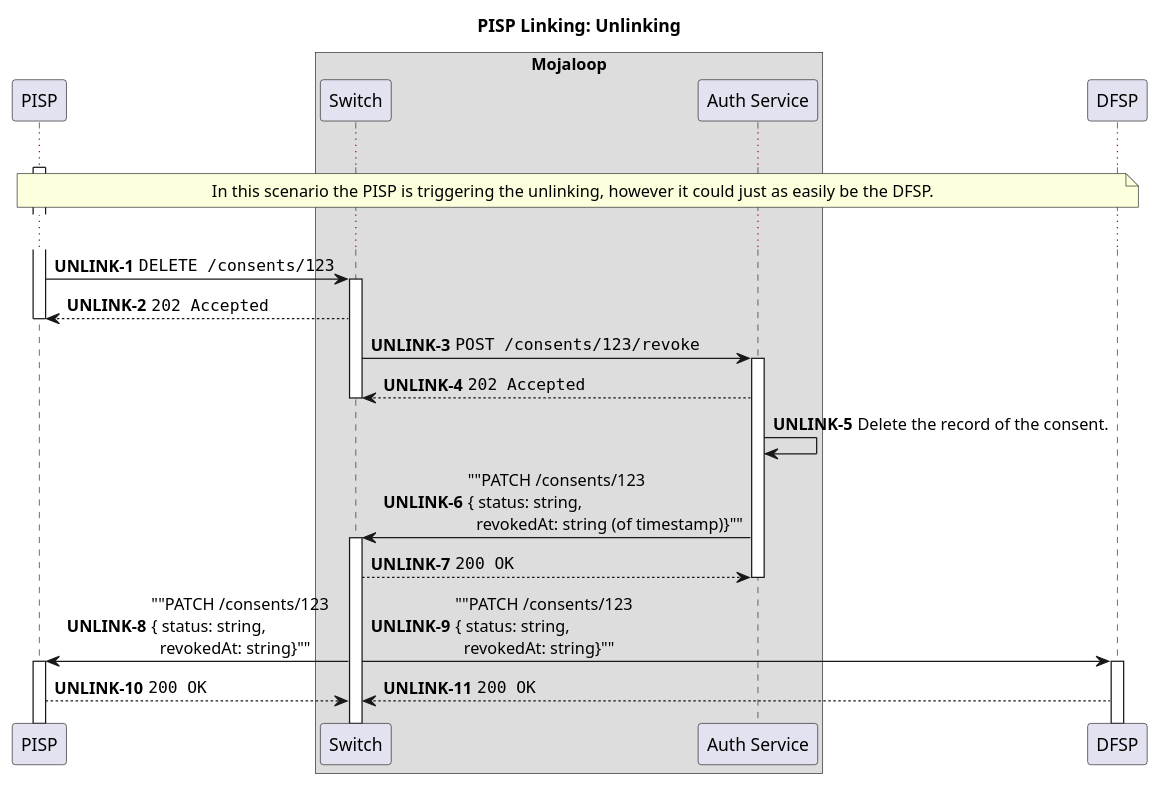
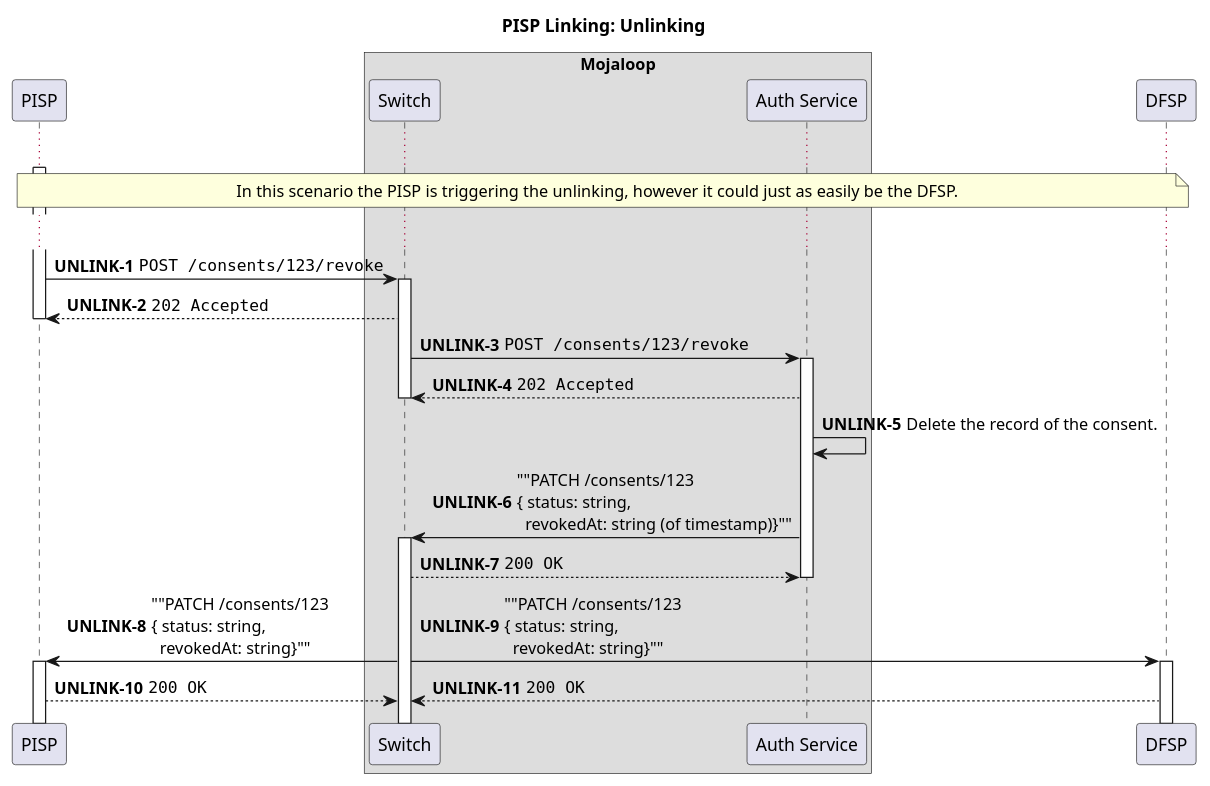
One commit to mojaloop/pisp-project changed the diagram in docs/linking/unlinking.puml. Above: the diagram before and after it, drawn with PlantUML.

```diff
--- a/docs/linking/unlinking.puml
+++ b/docs/linking/unlinking.puml
@@ -1,51 +1,51 @@
 @startuml
 
 !pragma teoz true
 
 title PISP Linking: Unlinking
 
 participant "PISP" as PISP
 
 box "Mojaloop"
     participant Switch
     participant "Auth Service" as Auth
 end box
 
 participant "DFSP" as DFSP
 
 autonumber 1 "<b>UNLINK-#</b>"
 
 activate PISP
 
 ...
 
 note over PISP, DFSP
   In this scenario the PISP is triggering the unlinking, however it could just as easily be the DFSP.
 end note
 
 ...
 
-PISP -> Switch ++: ""DELETE /consents/123""
+PISP -> Switch ++: ""POST /consents/123/revoke""
 Switch --> PISP: ""202 Accepted""
 deactivate PISP
 
 ' TODO: Do we include the ALS lookup here to figure out which Auth service is
 ' responsible for the given Consent?
 
 Switch -> Auth ++:  ""POST /consents/123/revoke""
 Auth --> Switch: ""202 Accepted""
 deactivate Switch
 
 Auth -> Auth: Delete the record of the consent.
 
 Auth -> Switch ++: ""PATCH /consents/123 \n{ status: string,\n  revokedAt: string (of timestamp)}""
 Switch --> Auth: ""200 OK""
 deactivate Auth
 
 Switch -> PISP ++: ""PATCH /consents/123 \n{ status: string,\n  revokedAt: string}""
 & Switch -> DFSP ++: ""PATCH /consents/123 \n{ status: string,\n  revokedAt: string}""
 
 PISP --> Switch: ""200 OK""
 & DFSP --> Switch: ""200 OK""
 
 @enduml
```
